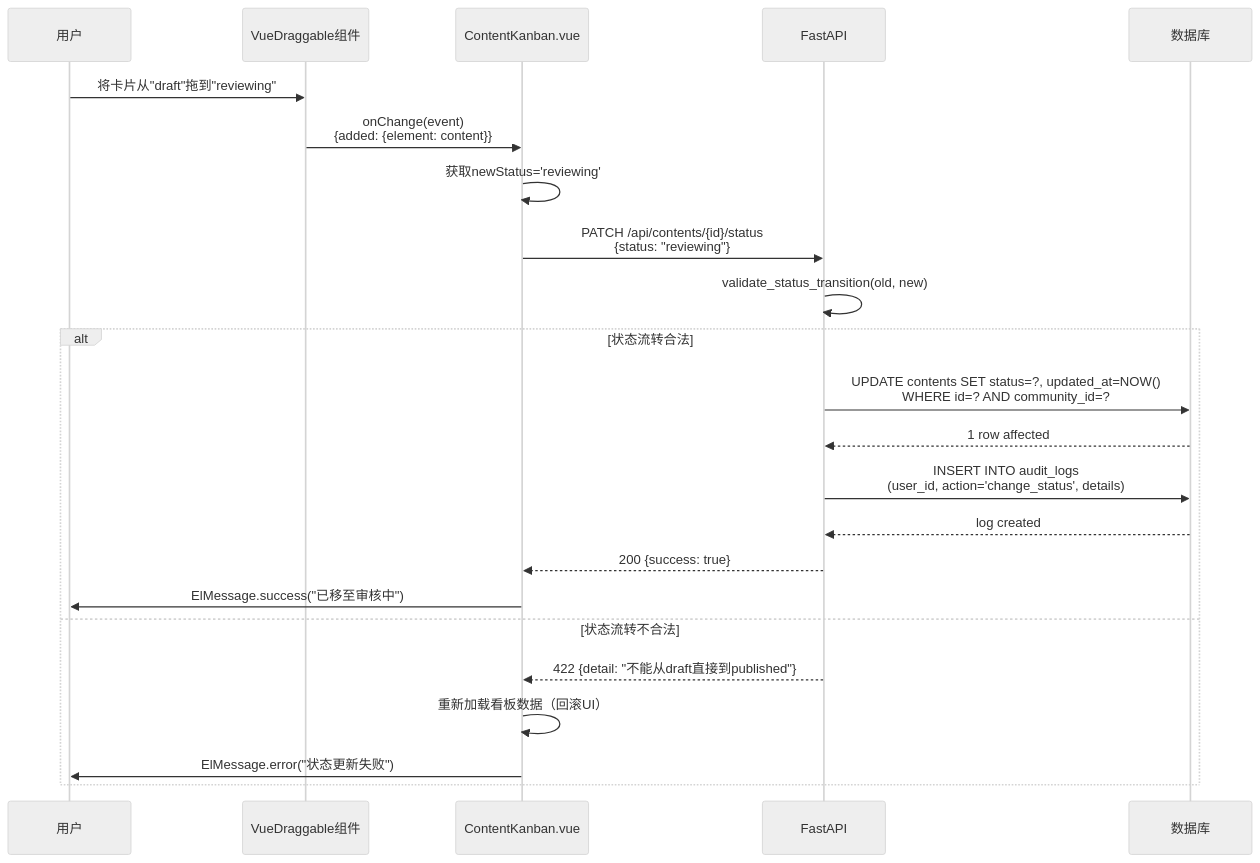
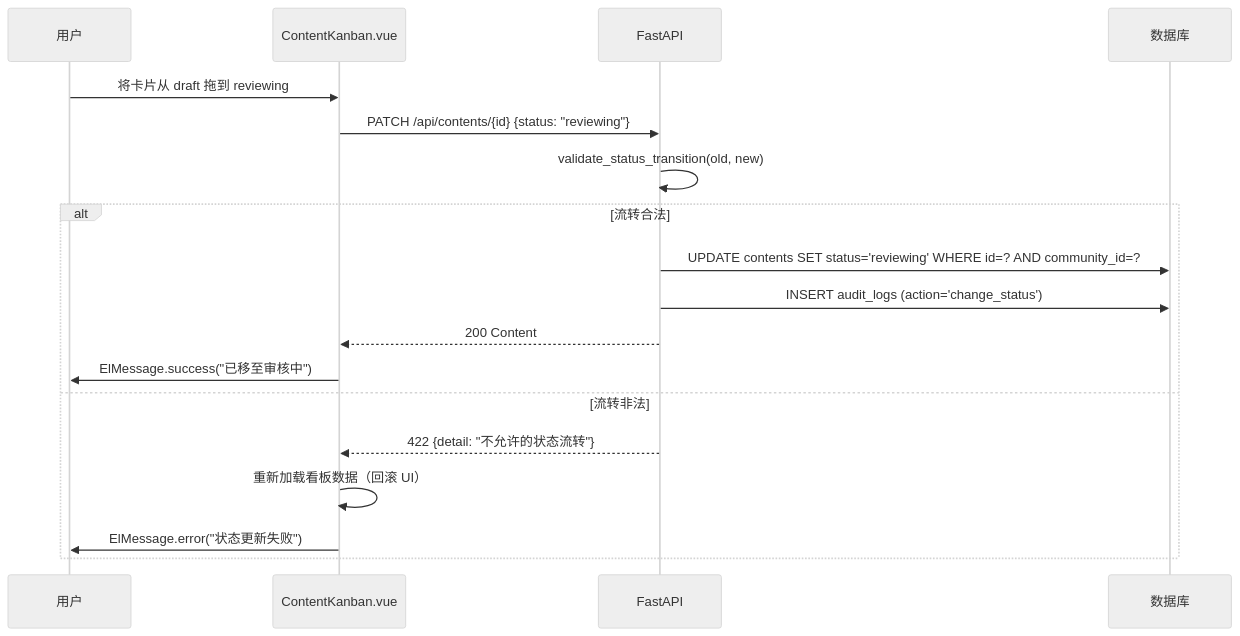
The ninth of 17 diagrams in docs/uml/01-类图与时序图.md (ZhengZhenyu/omnicontent), drawn with Mermaid (neutral theme) before and after one commit. The commit also changed other lines of this file and 15 other files, not shown here.

````diff
--- a/docs/uml/01-类图与时序图.md
+++ b/docs/uml/01-类图与时序图.md
@@ -386,31 +484,23 @@
 ```mermaid
 sequenceDiagram
     participant User as 用户
-    participant Kanban as VueDraggable组件
-    participant Frontend as ContentKanban.vue
+    participant Kanban as ContentKanban.vue
     participant API as FastAPI
     participant DB as 数据库
 
-    User->>Kanban: 将卡片从"draft"拖到"reviewing"
-    Kanban->>Frontend: onChange(event)<br/>{added: {element: content}}
-
-    Frontend->>Frontend: 获取newStatus='reviewing'
-    Frontend->>API: PATCH /api/contents/{id}/status<br/>{status: "reviewing"}
+    User->>Kanban: 将卡片从 draft 拖到 reviewing
+    Kanban->>API: PATCH /api/contents/{id}  {status: "reviewing"}
 
     API->>API: validate_status_transition(old, new)
 
-    alt 状态流转合法
-        API->>DB: UPDATE contents SET status=?, updated_at=NOW()<br/>WHERE id=? AND community_id=?
-        DB-->>API: 1 row affected
-
-        API->>DB: INSERT INTO audit_logs<br/>(user_id, action='change_status', details)
-        DB-->>API: log created
-
-        API-->>Frontend: 200 {success: true}
-        Frontend->>User: ElMessage.success("已移至审核中")
-    else 状态流转不合法
-        API-->>Frontend: 422 {detail: "不能从draft直接到published"}
-        Frontend->>Frontend: 重新加载看板数据（回滚UI）
-        Frontend->>User: ElMessage.error("状态更新失败")
+    alt 流转合法
+        API->>DB: UPDATE contents SET status='reviewing' WHERE id=? AND community_id=?
+        API->>DB: INSERT audit_logs (action='change_status')
+        API-->>Kanban: 200 Content
+        Kanban->>User: ElMessage.success("已移至审核中")
+    else 流转非法
+        API-->>Kanban: 422 {detail: "不允许的状态流转"}
+        Kanban->>Kanban: 重新加载看板数据（回滚 UI）
+        Kanban->>User: ElMessage.error("状态更新失败")
     end
 ```
````
